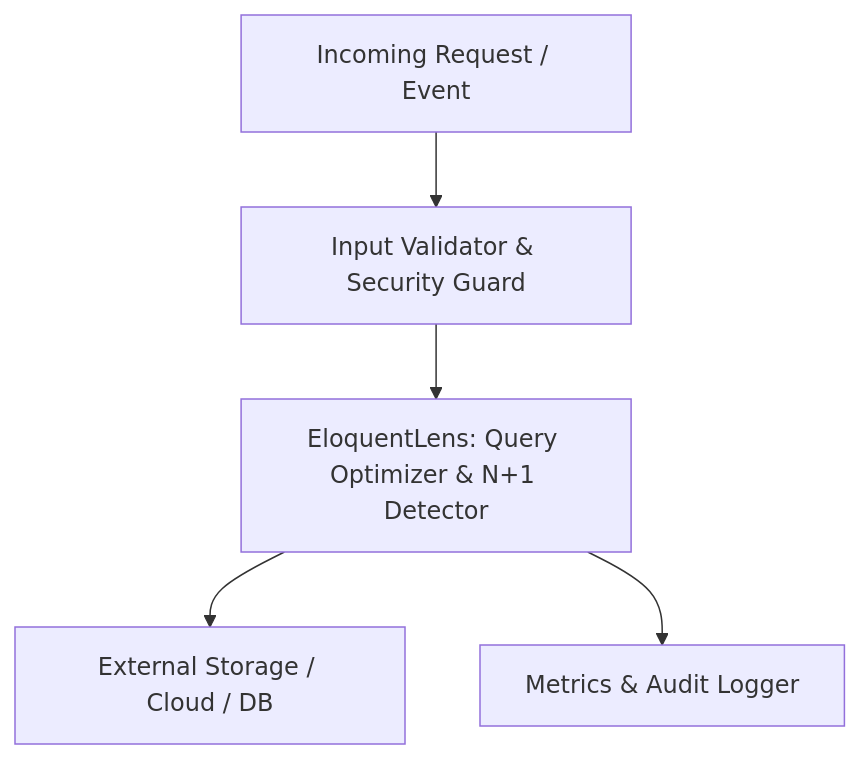
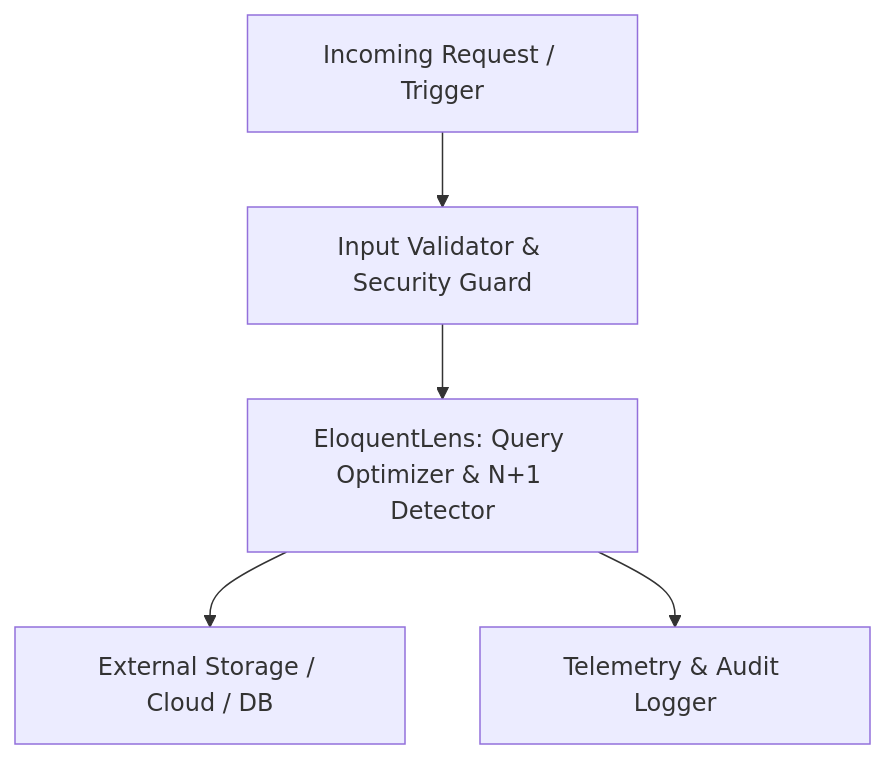
Before and after one commit to smit-backend/eloquent-lens: the diagram in README.md, drawn with Mermaid. The commit also changed other lines of this file, not shown here.

Commit message:
docs(readme): add detailed architectural flowchart, usage examples, and badges

````diff
--- a/README.md
+++ b/README.md
@@ -23,7 +23,7 @@
 ```mermaid
 graph TD
-    Client[Incoming Request / Event] --> Gate[Input Validator & Security Guard]
+    Client[Incoming Request / Trigger] --> Gate[Input Validator & Security Guard]
     Gate --> CoreEngine[EloquentLens: Query Optimizer & N+1 Detector]
     CoreEngine --> Adapter[External Storage / Cloud / DB]
-    CoreEngine --> Observer[Metrics & Audit Logger]
+    CoreEngine --> Observer[Telemetry & Audit Logger]
 ```
````
